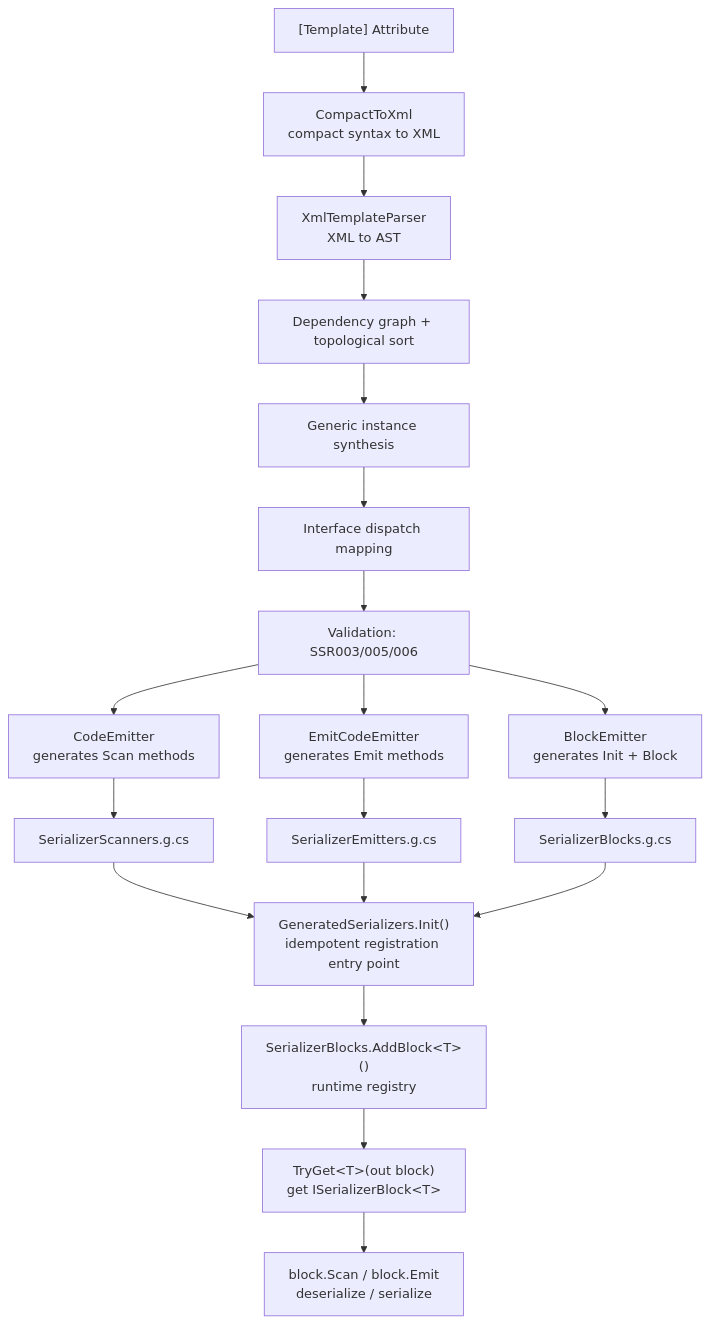
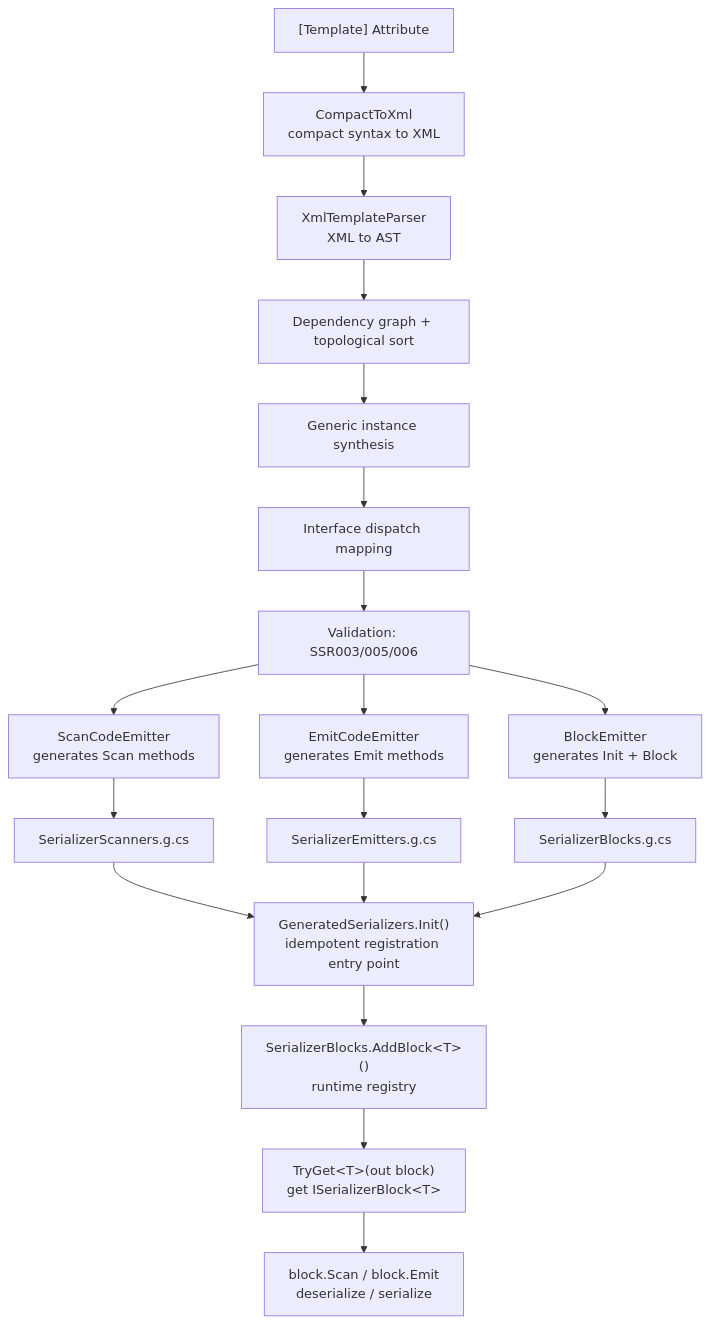
One commit to twds0x13/SourceSerializer changed the first of 2 diagrams in docs/en/guide/core-concepts.md. Above: the diagram before and after it, drawn with Mermaid. The commit also changed 15 other files, not shown here.

````diff
--- a/docs/en/guide/core-concepts.md
+++ b/docs/en/guide/core-concepts.md
@@ -9,21 +9,21 @@
 ```mermaid
 flowchart TD
     A["[Template] Attribute"] --> B["CompactToXml<br/>compact syntax to XML"]
     B --> C["XmlTemplateParser<br/>XML to AST"]
     C --> D["Dependency graph + topological sort"]
     D --> E["Generic instance synthesis"]
     E --> F["Interface dispatch mapping"]
     F --> G["Validation: SSR003/005/006"]
-    G --> H["CodeEmitter<br/>generates Scan methods"]
+    G --> H["ScanCodeEmitter<br/>generates Scan methods"]
     G --> I["EmitCodeEmitter<br/>generates Emit methods"]
     G --> J["BlockEmitter<br/>generates Init + Block"]
     H --> K["SerializerScanners.g.cs"]
     I --> L["SerializerEmitters.g.cs"]
     J --> M["SerializerBlocks.g.cs"]
     K --> N["GeneratedSerializers.Init()<br/>idempotent registration entry point"]
     L --> N
     M --> N
     N --> O["SerializerBlocks.AddBlock&lt;T&gt;()<br/>runtime registry"]
     O --> P["TryGet&lt;T&gt;(out block)<br/>get ISerializerBlock&lt;T&gt;"]
     P --> Q["block.Scan / block.Emit<br/>deserialize / serialize"]
 ```
````
